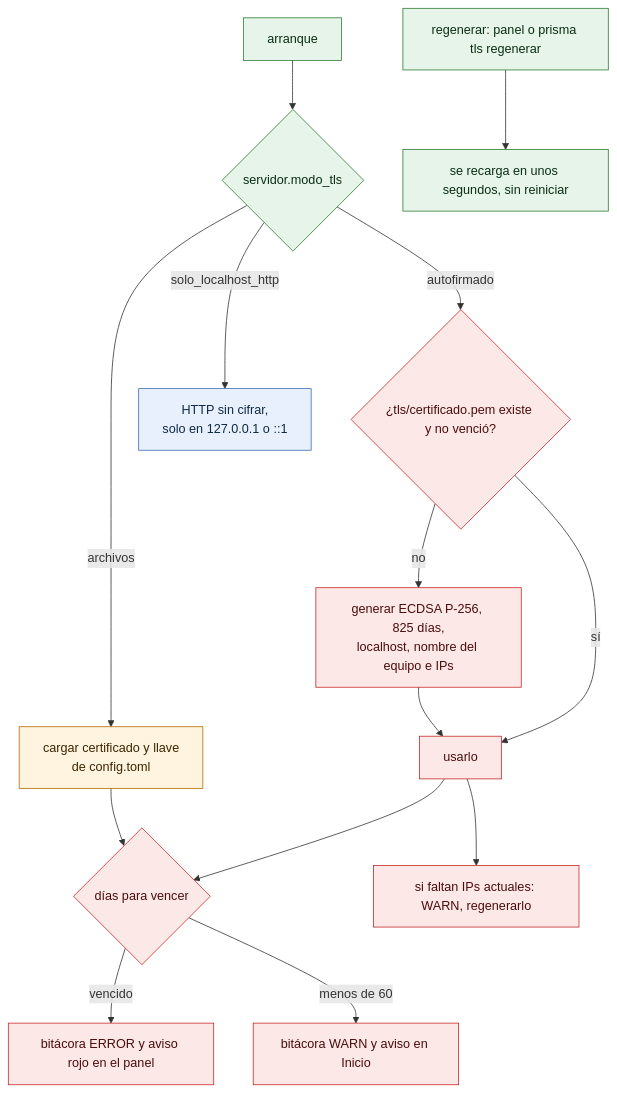
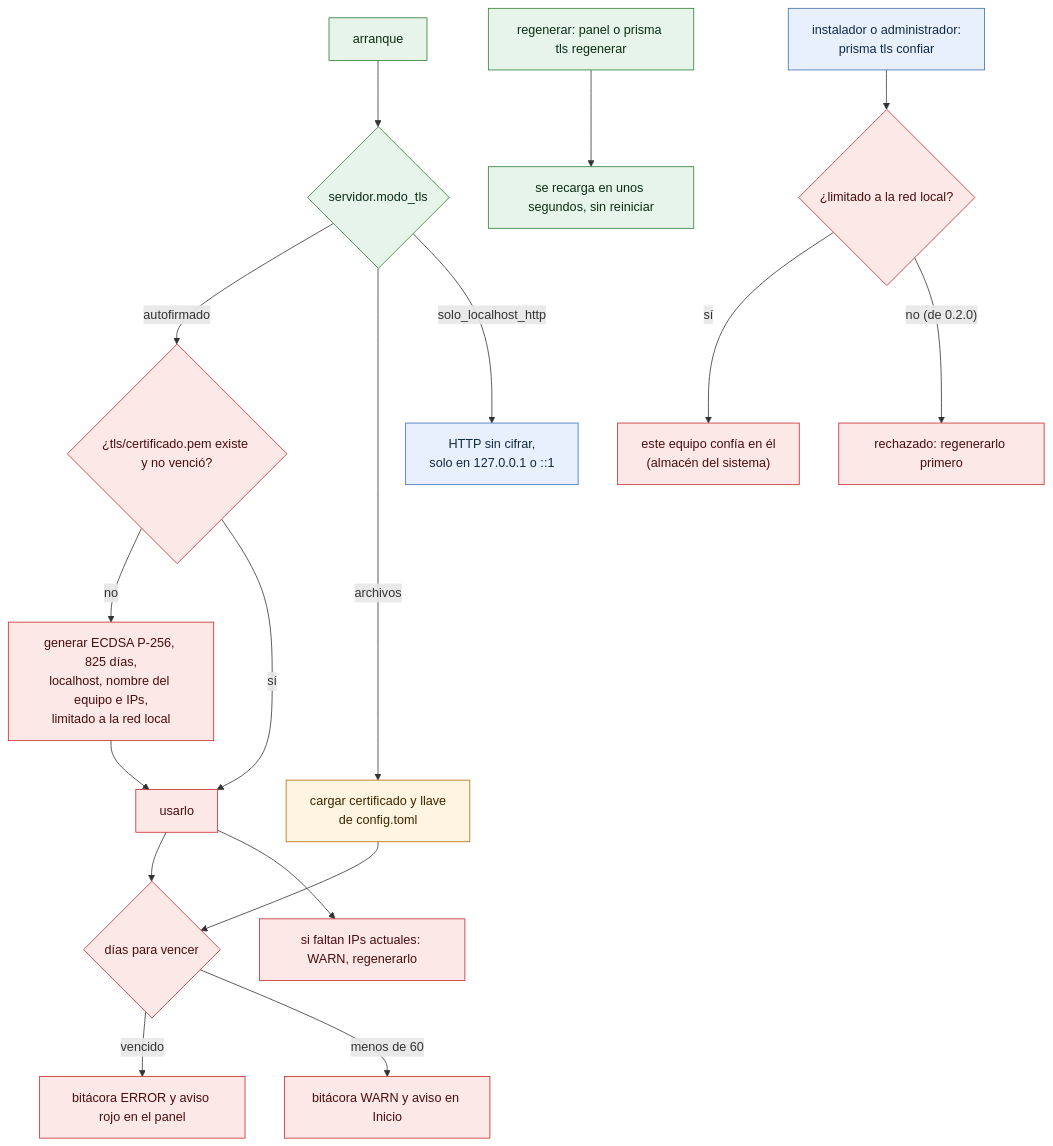
Before and after one commit to bayalad7/prisma: the diagram in docs/diagramas/12-modos-tls.md, drawn with Mermaid. The commit also changed other lines of this file and 10 other files, not shown here.

First line of the commit message:
documentacion(prisma): documenta la confianza en el certificado del puente (ADR 0020)

````diff
--- a/docs/diagramas/12-modos-tls.md
+++ b/docs/diagramas/12-modos-tls.md
@@ -12,20 +12,23 @@
 ```mermaid
 flowchart TD
     a["arranque"]:::prisma --> m{"servidor.modo_tls"}:::prisma
     m -- autofirmado --> e{"¿tls/certificado.pem existe y no venció?"}:::seguridad
-    e -- no --> g["generar ECDSA P-256, 825 días,<br/>localhost, nombre del equipo e IPs"]:::seguridad
+    e -- no --> g["generar ECDSA P-256, 825 días,<br/>localhost, nombre del equipo e IPs,<br/>limitado a la red local"]:::seguridad
     e -- sí --> u["usarlo"]:::seguridad
     g --> u
     m -- archivos --> f["cargar certificado y llave<br/>de config.toml"]:::datos
     m -- solo_localhost_http --> h["HTTP sin cifrar,<br/>solo en 127.0.0.1 o ::1"]:::externo
     u --> v{"días para vencer"}:::seguridad
     f --> v
     v -- "vencido" --> err["bitácora ERROR y aviso rojo en el panel"]:::seguridad
     v -- "menos de 60" --> warn["bitácora WARN y aviso en Inicio"]:::seguridad
     u --> ip["si faltan IPs actuales: WARN, regenerarlo"]:::seguridad
     r["regenerar: panel o prisma tls regenerar"]:::prisma --> rc["se recarga en unos segundos, sin reiniciar"]:::prisma
+    i["instalador o administrador:<br/>prisma tls confiar"]:::externo --> c{"¿limitado a la red local?"}:::seguridad
+    c -- sí --> cs["este equipo confía en él<br/>(almacén del sistema)"]:::seguridad
+    c -- "no (de 0.2.0)" --> cn["rechazado: regenerarlo primero"]:::seguridad
     classDef externo fill:#e8f0fe,stroke:#3b6db3,color:#102a43
     classDef prisma fill:#e6f4ea,stroke:#2f7d32,color:#0b2e13
     classDef datos fill:#fff4e0,stroke:#b26a00,color:#3d2400
     classDef seguridad fill:#fde8e8,stroke:#c62828,color:#4a0d0d
 ```
````
